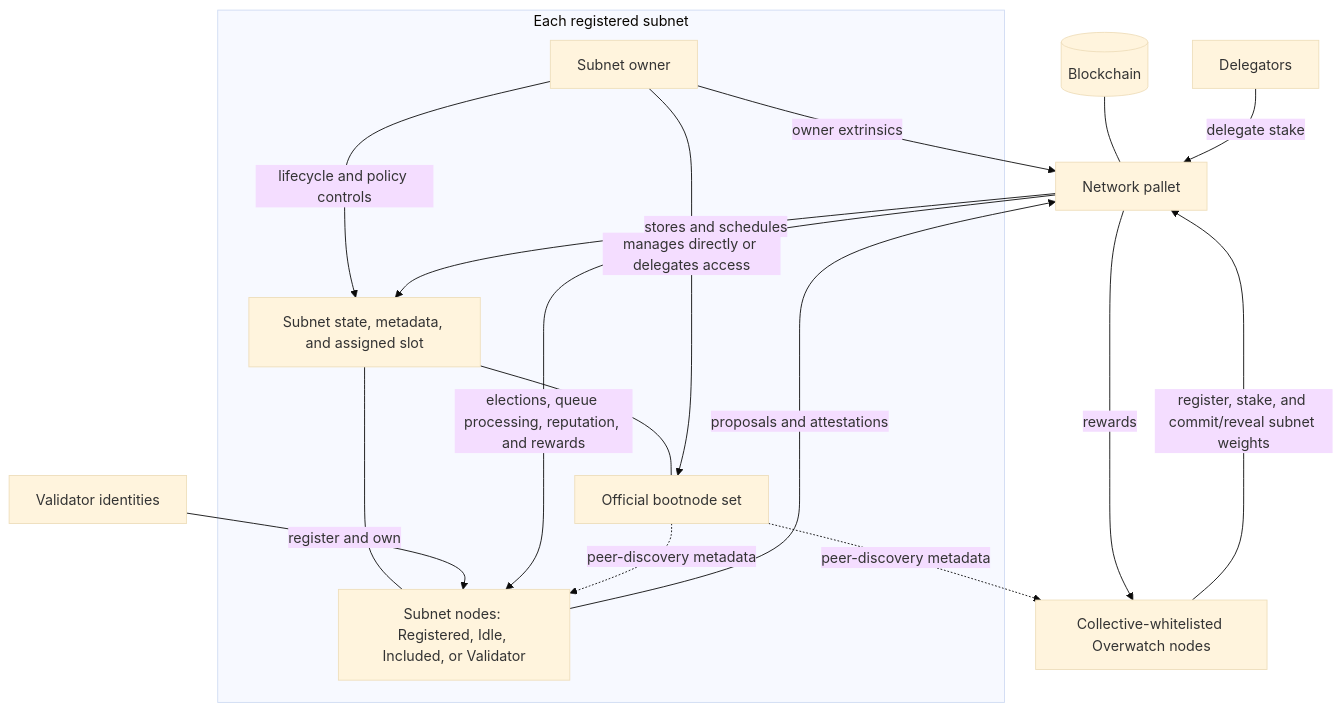
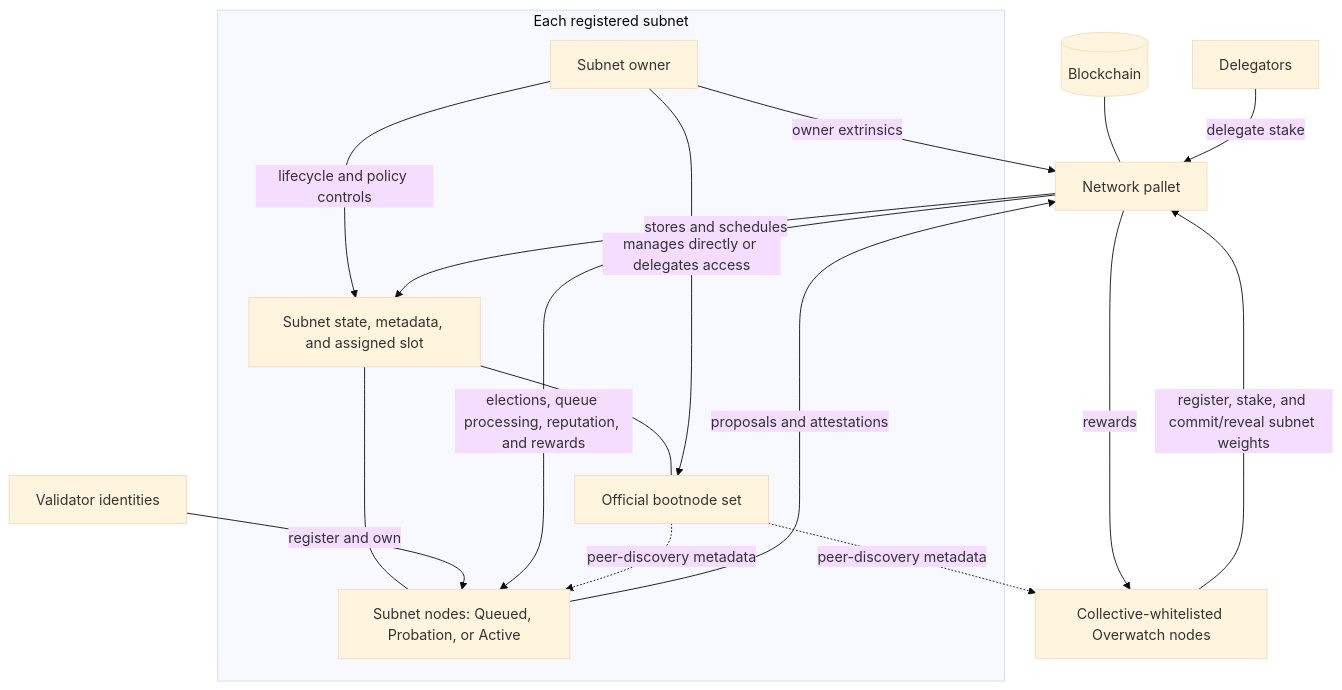
The diagram in pallets/network/ARCHITECTURE.md (hayotensor/hypertensor-blockchain), drawn with Mermaid (base theme) before and after one commit. The commit also changed 95 other files, not shown here.

````diff
--- a/pallets/network/ARCHITECTURE.md
+++ b/pallets/network/ARCHITECTURE.md
@@ -7,25 +7,25 @@
 ```mermaid
 flowchart TB
     B[(Blockchain)] --- P[Network pallet]
 
     O[Collective-whitelisted Overwatch nodes] -->|register, stake, and commit/reveal subnet weights| P
     P -->|rewards| O
 
     V[Validator identities]
     D[Delegators] -->|delegate stake| P
 
     subgraph S[Each registered subnet]
         SO[Subnet owner] -->|lifecycle and policy controls| SD[Subnet state, metadata, and assigned slot]
-        SD --- N[Subnet nodes: Registered, Idle, Included, or Validator]
+        SD --- N[Subnet nodes: Queued, Probation, or Active]
         SD --- BN[Official bootnode set]
     end
 
     V -->|register and own| N
     SO -->|owner extrinsics| P
     N -->|proposals and attestations| P
     P -->|elections, queue processing, reputation, and rewards| N
     P -->|stores and schedules| SD
     SO -->|manages directly or delegates access| BN
     BN -.->|peer-discovery metadata| N
     BN -.->|peer-discovery metadata| O
 ```
````
